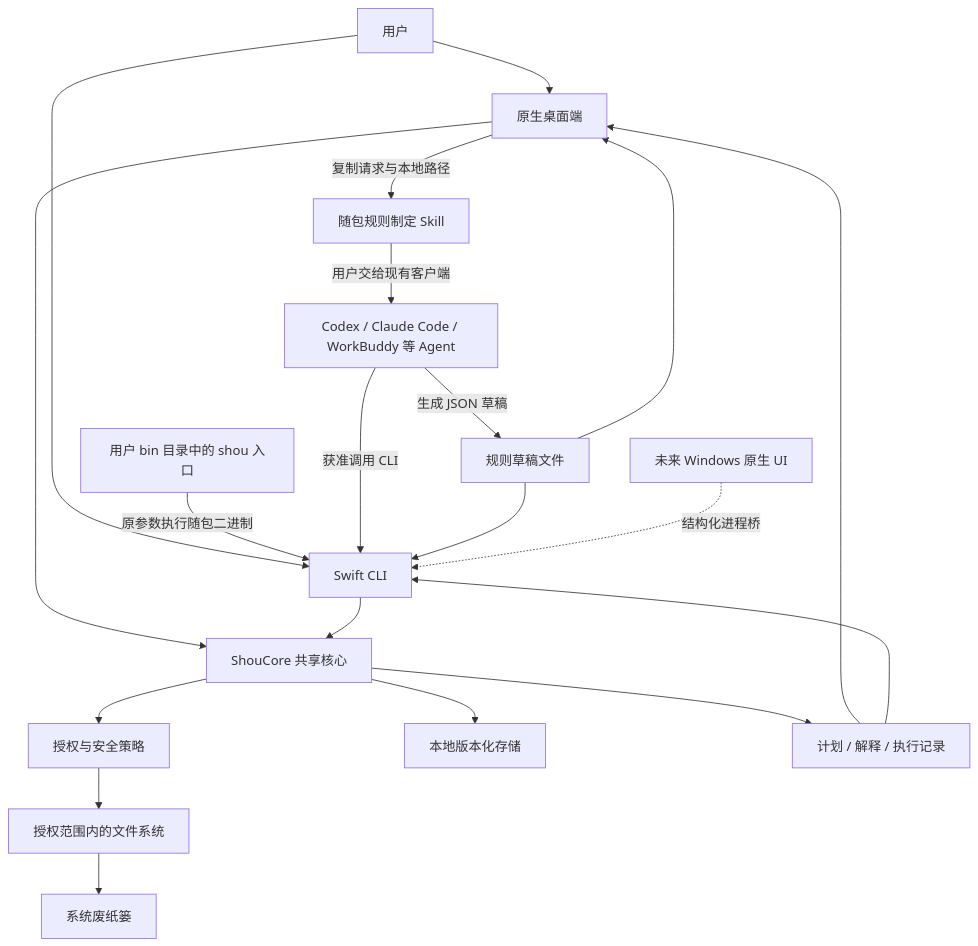
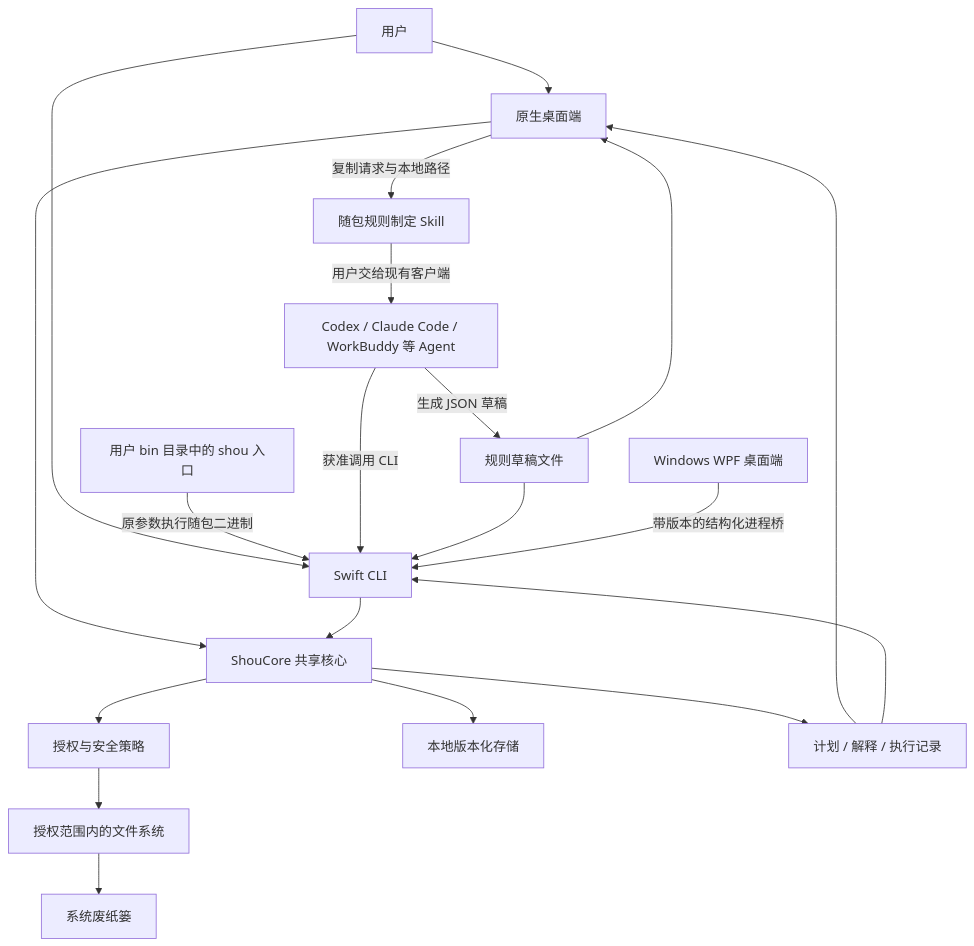
The first of 7 diagrams in docs/zh-CN/architecture/system-design.md (limecloud/shou), drawn with Mermaid before and after one commit. The commit also changed other lines of this file and 86 other files, not shown here.

````diff
--- a/docs/zh-CN/architecture/system-design.md
+++ b/docs/zh-CN/architecture/system-design.md
@@ -22,22 +22,22 @@
 ```mermaid
 flowchart TB
     User[用户] --> GUI[原生桌面端]
     User --> CLI[Swift CLI]
     Terminal[用户 bin 目录中的 shou 入口] -->|原参数执行随包二进制| CLI
     GUI -->|复制请求与本地路径| Skill[随包规则制定 Skill]
     Skill -->|用户交给现有客户端| Agents
     Agents[Codex / Claude Code / WorkBuddy 等 Agent] -->|获准调用 CLI| CLI
     Agents -->|生成 JSON 草稿| Drafts[规则草稿文件]
     Drafts --> GUI
     Drafts --> CLI
     GUI --> Core[ShouCore 共享核心]
     CLI --> Core
-    Windows[未来 Windows 原生 UI] -.结构化进程桥.-> CLI
+    Windows[Windows WPF 桌面端] -->|带版本的结构化进程桥| CLI
     Core --> Policy[授权与安全策略]
     Core --> Store[本地版本化存储]
     Policy --> FS[授权范围内的文件系统]
     FS --> Trash[系统废纸篓]
     Core --> Results[计划 / 解释 / 执行记录]
     Results --> GUI
     Results --> CLI
 ```
````
